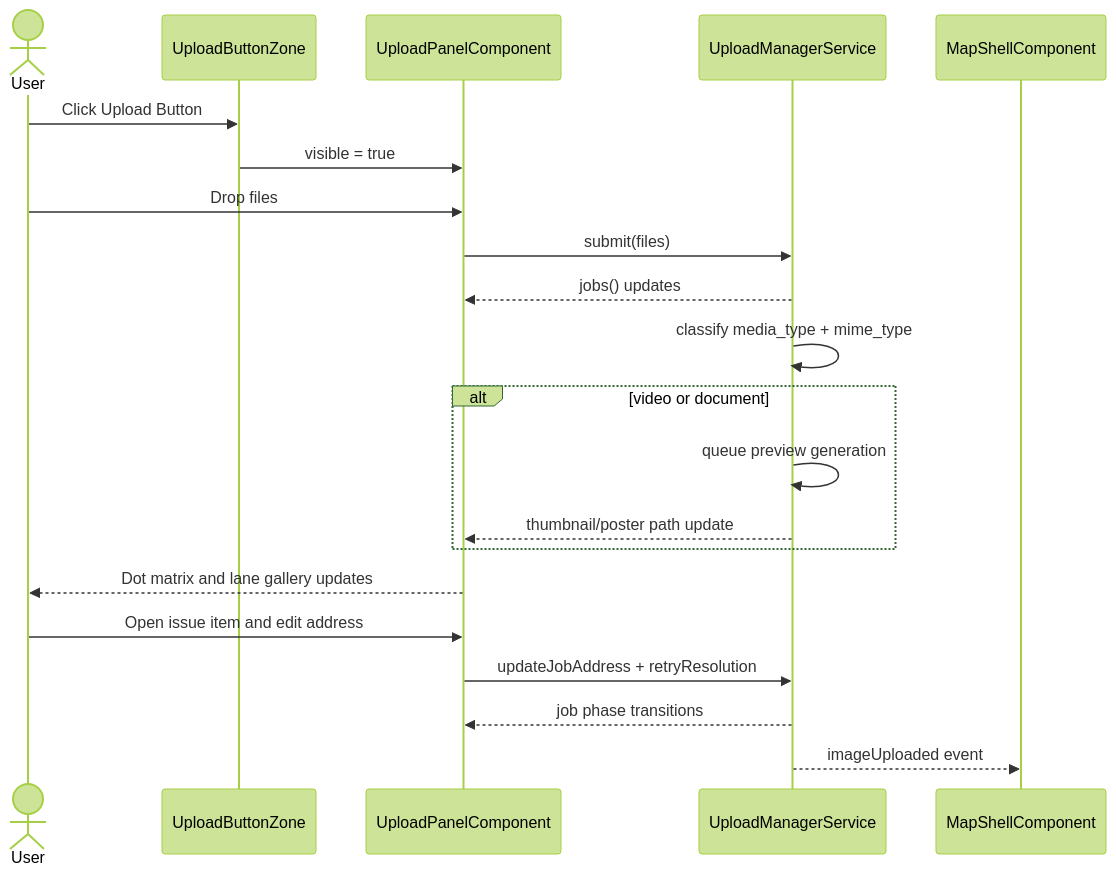
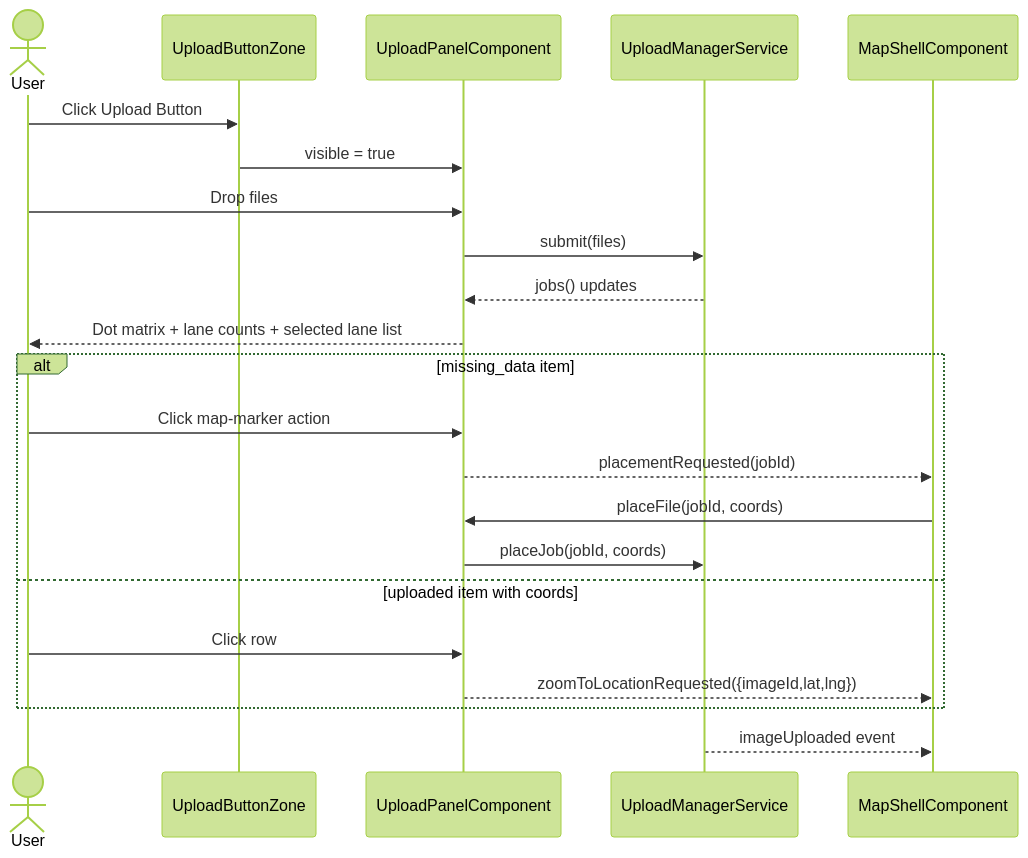
The third of 3 diagrams in docs/element-specs/upload-panel.md (matkleve/feldpost), drawn with Mermaid (forest theme) before and after one commit. The commit also changed other lines of this file and 12 other files, not shown here.

````diff
--- a/docs/element-specs/upload-panel.md
+++ b/docs/element-specs/upload-panel.md
@@ -157,24 +167,25 @@
 ```mermaid
 sequenceDiagram
   actor User
   participant Zone as UploadButtonZone
   participant Panel as UploadPanelComponent
   participant Manager as UploadManagerService
   participant Map as MapShellComponent
 
   User->>Zone: Click Upload Button
   Zone->>Panel: visible = true
   User->>Panel: Drop files
   Panel->>Manager: submit(files)
   Manager-->>Panel: jobs() updates
-  Manager->>Manager: classify media_type + mime_type
-  alt video or document
-    Manager->>Manager: queue preview generation
-    Manager-->>Panel: thumbnail/poster path update
+  Panel-->>User: Dot matrix + lane counts + selected lane list
+  alt missing_data item
+    User->>Panel: Click map-marker action
+    Panel-->>Map: placementRequested(jobId)
+    Map->>Panel: placeFile(jobId, coords)
+    Panel->>Manager: placeJob(jobId, coords)
+  else uploaded item with coords
+    User->>Panel: Click row
+    Panel-->>Map: zoomToLocationRequested({imageId,lat,lng})
   end
-  Panel-->>User: Dot matrix and lane gallery updates
-  User->>Panel: Open issue item and edit address
-  Panel->>Manager: updateJobAddress + retryResolution
-  Manager-->>Panel: job phase transitions
   Manager-->>Map: imageUploaded event
 ```
````
